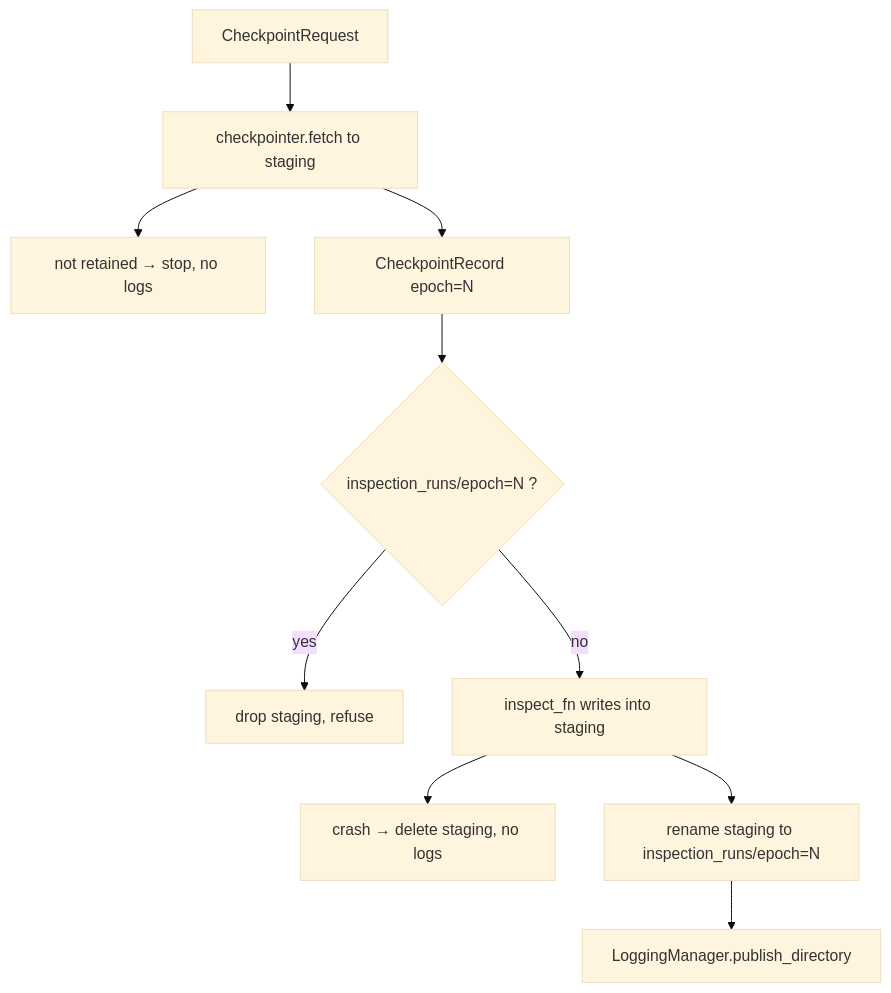
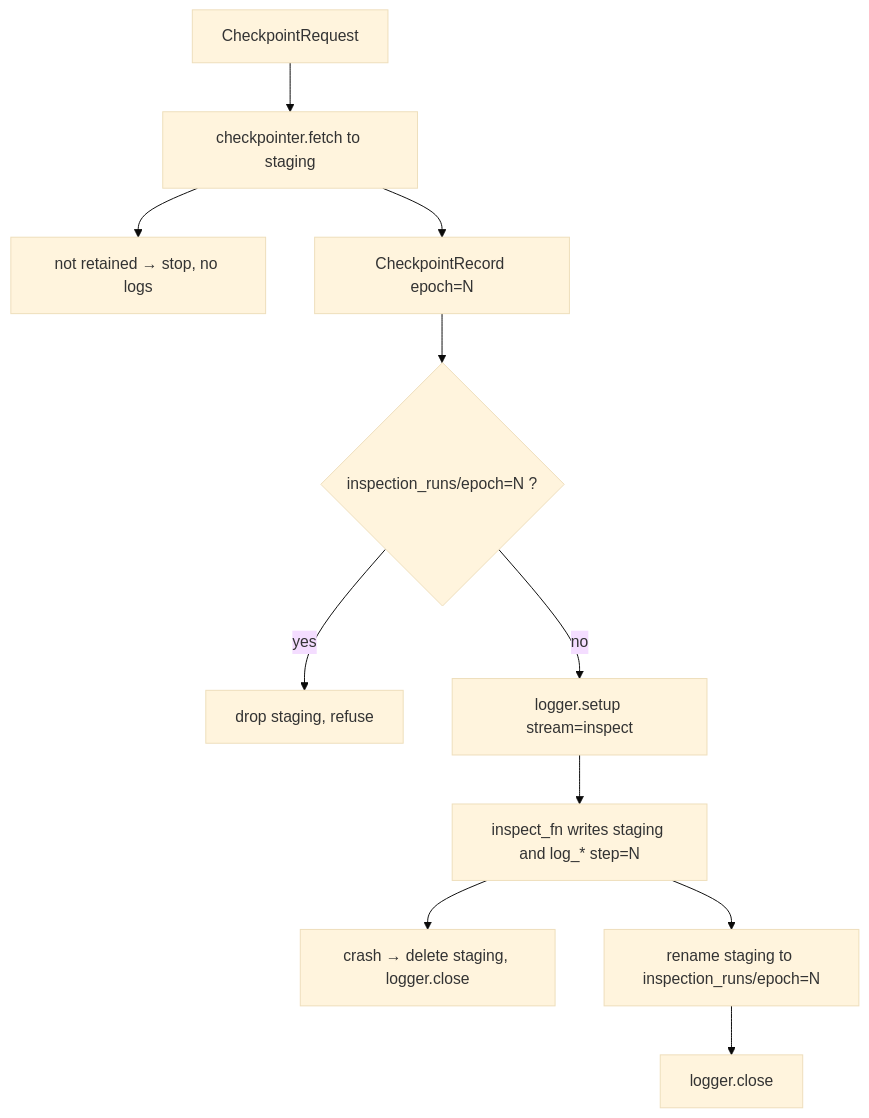
The diagram in standards/exp_mng_engine/inspect/inspect.md (ayhem18/dl_toolbox), drawn with Mermaid (base theme) before and after one commit. The commit also changed other lines of this file and 30 other files, not shown here.

````diff
--- a/standards/exp_mng_engine/inspect/inspect.md
+++ b/standards/exp_mng_engine/inspect/inspect.md
@@ -25,12 +25,13 @@
 ```mermaid
 flowchart TD
   req["CheckpointRequest"] --> fetch["checkpointer.fetch to staging"]
   fetch --> miss["not retained → stop, no logs"]
   fetch --> rec["CheckpointRecord epoch=N"]
   rec --> exists{"inspection_runs/epoch=N ?"}
   exists -->|yes| refuse["drop staging, refuse"]
-  exists -->|no| run["inspect_fn writes into staging"]
-  run --> fail["crash → delete staging, no logs"]
+  exists -->|no| setup["logger.setup stream=inspect"]
+  setup --> run["inspect_fn writes staging and log_* step=N"]
+  run --> fail["crash → delete staging, logger.close"]
   run --> commit["rename staging to inspection_runs/epoch=N"]
-  commit --> pub["LoggingManager.publish_directory"]
+  commit --> close["logger.close"]
 ```
````
